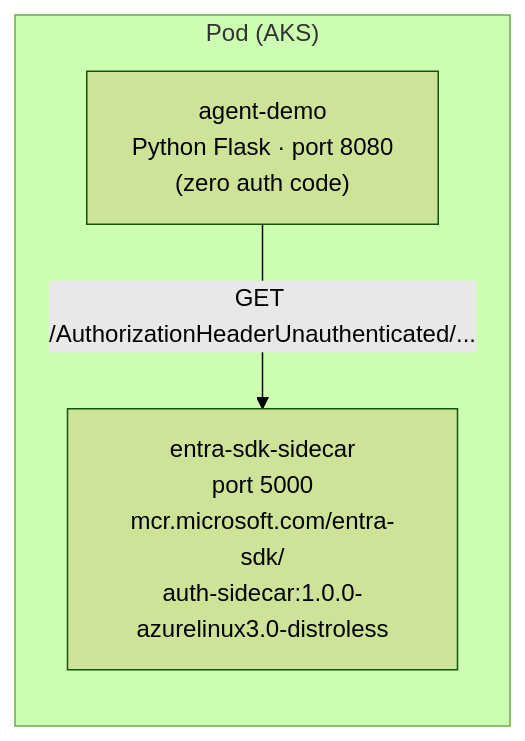
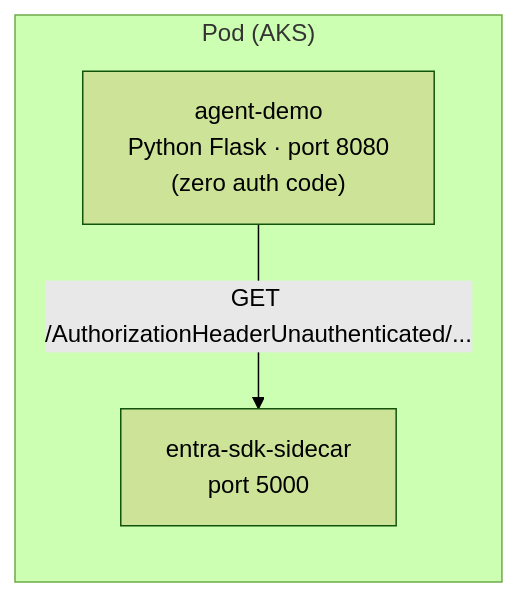
One commit to ivanthelad/agentid-aiapp-fic changed the second of 2 diagrams in demo-aks/README.md. Above: the diagram before and after it, drawn with Mermaid (forest theme). The commit also changed other lines of this file and 7 other files, not shown here.

````diff
--- a/demo-aks/README.md
+++ b/demo-aks/README.md
@@ -132,9 +130,9 @@
 ```mermaid
 flowchart LR
     subgraph pod["Pod (AKS)"]
         app["agent-demo\nPython Flask · port 8080\n(zero auth code)"]
-        sidecar["entra-sdk-sidecar\nport 5000\nmcr.microsoft.com/entra-sdk/\nauth-sidecar:1.0.0-azurelinux3.0-distroless"]
+        sidecar["entra-sdk-sidecar\nport 5000"]
     end
 
     app -- "GET /AuthorizationHeaderUnauthenticated/..." --> sidecar
 ```
````
